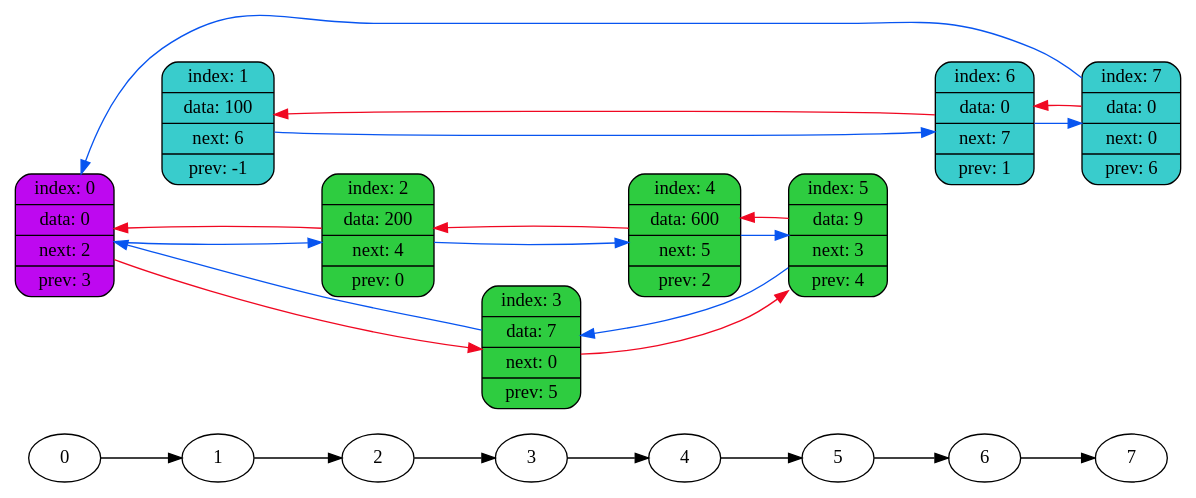
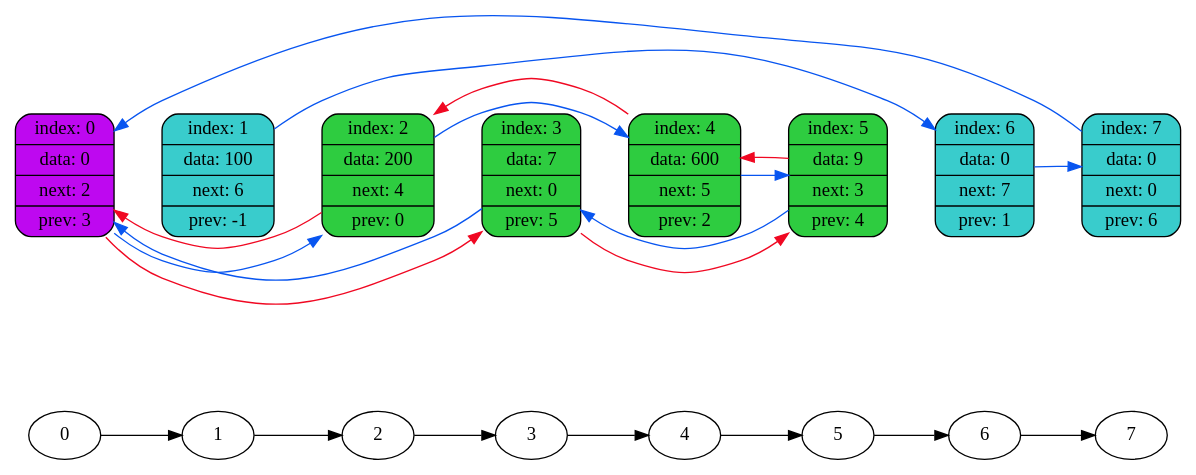
Before and after one commit to coffee8cat/list: the diagram in data/dump3.dot, drawn with Graphviz. The commit also changed 9 other files, not shown here.

```diff
--- a/data/dump3.dot
+++ b/data/dump3.dot
@@ -1,48 +1,46 @@
 digraph
 {
     rankdir=LR
 
     "0" -> "1" -> "2" -> "3" -> "4" -> "5" -> "6" -> "7";
 
     node1[shape=record,style="rounded,filled",fillcolor="#39CCCC",label="index: 1 | data: 100 | next: 6 | prev: -1"];
     node6[shape=record,style="rounded,filled",fillcolor="#39CCCC",label="index: 6 | data: 0 | next: 7 | prev: 1"];
     node7[shape=record,style="rounded,filled",fillcolor="#39CCCC",label="index: 7 | data: 0 | next: 0 | prev: 6"];
     node0[shape=record,style="rounded,filled",fillcolor="#BE08F0",label="index: 0 | data: 0 | next: 2 | prev: 3"];
     node2[shape=record,style="rounded,filled",fillcolor="#2ECC40",label="index: 2 | data: 200 | next: 4 | prev: 0"];
     node4[shape=record,style="rounded,filled",fillcolor="#2ECC40",label="index: 4 | data: 600 | next: 5 | prev: 2"];
     node5[shape=record,style="rounded,filled",fillcolor="#2ECC40",label="index: 5 | data: 9 | next: 3 | prev: 4"];
     node3[shape=record,style="rounded,filled",fillcolor="#2ECC40",label="index: 3 | data: 7 | next: 0 | prev: 5"];
 
     node0 -> node1[color="none",penwidth=100000000]
     {rank = same; "0"; node0}
     node1 -> node2[color="none",penwidth=100000000]
     {rank = same; "1"; node1}
     node2 -> node3[color="none",penwidth=100000000]
     {rank = same; "2"; node2}
     node3 -> node4[color="none",penwidth=100000000]
     {rank = same; "3"; node3}
     node4 -> node5[color="none",penwidth=100000000]
     {rank = same; "4"; node4}
     node5 -> node6[color="none",penwidth=100000000]
     {rank = same; "5"; node5}
     node6 -> node7[color="none",penwidth=100000000]
     {rank = same; "6"; node6}
     {rank = same; "7"; node7}
 
-    node0 -> node2[color="#0855F0"]
-    node2 -> node0[color="#F00822"]
-    node2 -> node4[color="#0855F0"]
-    node4 -> node2[color="#F00822"]
-    node4 -> node5[color="#0855F0"]
-    node5 -> node4[color="#F00822"]
-    node5 -> node3[color="#0855F0"]
-    node3 -> node5[color="#F00822"]
-    node3 -> node0[color="#0855F0"]
+    node0 -> node2[color="#0855F0",constraint=false]
+    node2 -> node0[color="#F00822",constraint=false]
+    node2 -> node4[color="#0855F0",constraint=false]
+    node4 -> node2[color="#F00822",constraint=false]
+    node4 -> node5[color="#0855F0",constraint=false]
+    node5 -> node4[color="#F00822",constraint=false]
+    node5 -> node3[color="#0855F0",constraint=false]
+    node3 -> node5[color="#F00822",constraint=false]
+    node3 -> node0[color="#0855F0",constraint=false]
 
-    node0 -> node3[color="#F00822"]
-    node1 -> node6[color="#0855F0"]
-    node6 -> node7[color="#0855F0"]
-    node7 -> node0[color="#0855F0"]
-    node6 -> node1[color="#F00822"]
-    node7 -> node6[color="#F00822"]
+    node0 -> node3[color="#F00822",constraint=false]
+    node1 -> node6[color="#0855F0",constraint=false]
+    node6 -> node7[color="#0855F0",constraint=false]
+    node7 -> node0[color="#0855F0",constraint=false]
 }
```
